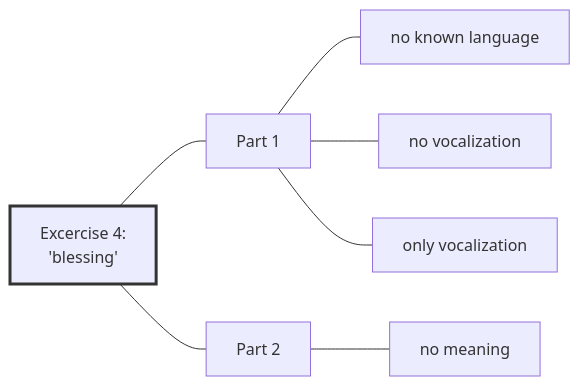
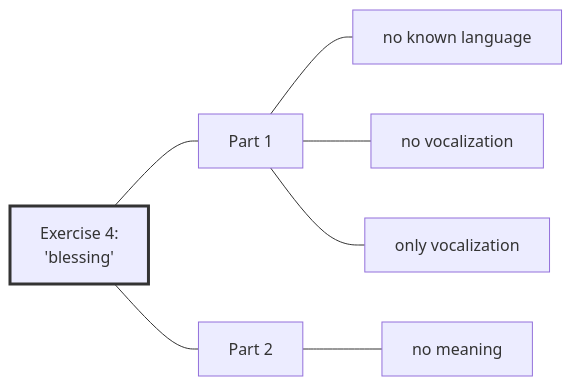
Before and after one commit to fschuhi/digital-garden-rob-burbea-work: the diagram in 2020 Vajra Music/Talks/Preliminaries Regarding Voice, Movement, and Gesture - Part 3.md, drawn with Mermaid. The commit also changed other lines of this file and 59 other files, not shown here.

````diff
--- a/2020 Vajra Music/Talks/Preliminaries Regarding Voice, Movement, and Gesture - Part 3.md
+++ b/2020 Vajra Music/Talks/Preliminaries Regarding Voice, Movement, and Gesture - Part 3.md
@@ -16,17 +16,17 @@
 ```mermaid
 graph LR
 
 %% classDef FixFont font-size:12px
 classDef FatStroke stroke:#333,stroke-width:3px
 
-E[Excercise 4:<br>'blessing']:::FatStroke
+E[Exercise 4:<br>'blessing']:::FatStroke
 E1["Part 1"]
 E2["Part 2"]
 E --- E1
 E --- E2
 E1 --- E4-1-1[no known language]
 E1 --- E4-1-2[no vocalization]
 E1 --- E4-1-3[only vocalization]
 E2 --- E4-2[no meaning]
 
 ```
````
